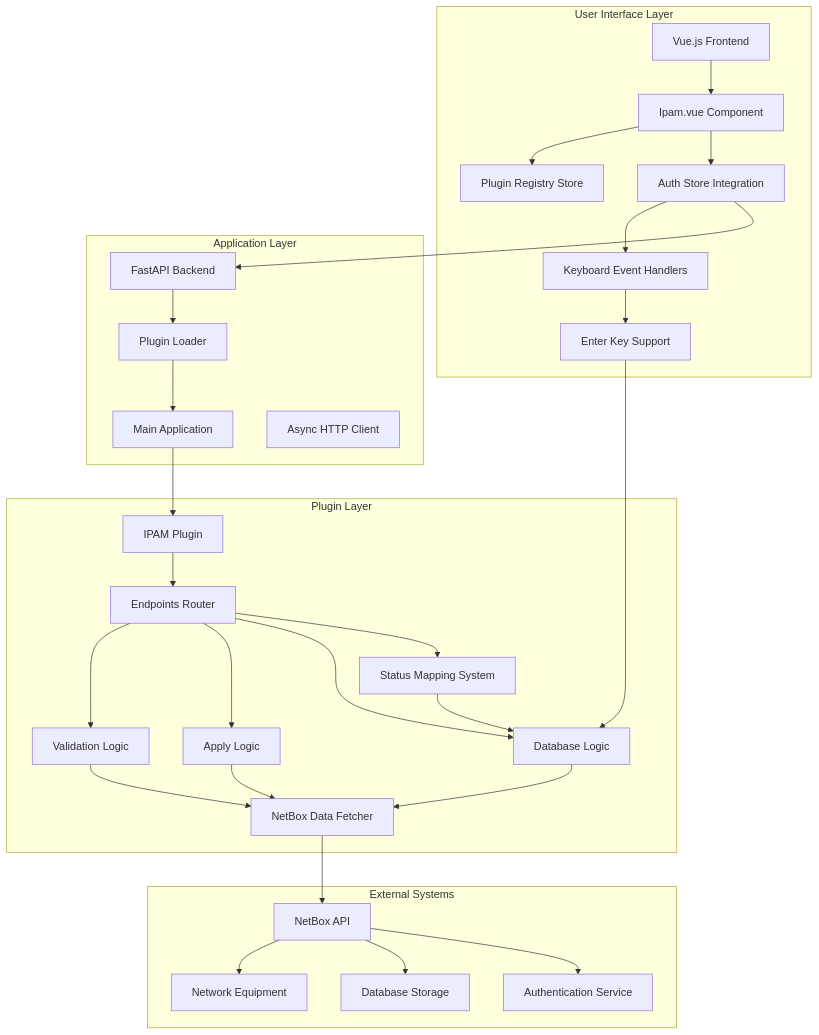
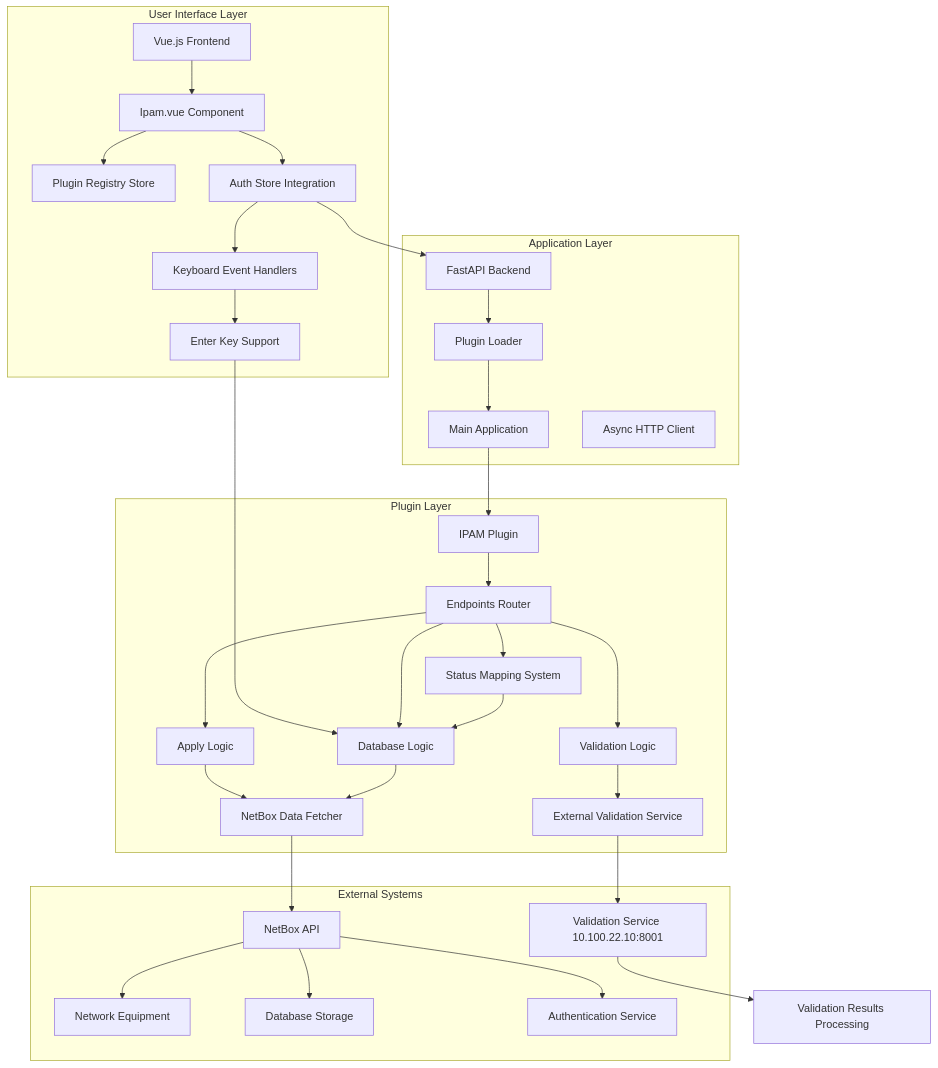
The second of 11 diagrams in .qoder/repowiki/en/content/Built-in Plugins/IPAM Plugin.md (Nikita5543/New-SSO-02), drawn with Mermaid before and after one commit. The commit also changed other lines of this file and 3 other files, not shown here.

````diff
--- a/.qoder/repowiki/en/content/Built-in Plugins/IPAM Plugin.md
+++ b/.qoder/repowiki/en/content/Built-in Plugins/IPAM Plugin.md
@@ -130,55 +132,59 @@
 ```mermaid
 graph TB
 subgraph "User Interface Layer"
 A[Vue.js Frontend]
 B[Ipam.vue Component]
 C[Plugin Registry Store]
 D[Auth Store Integration]
 E[Keyboard Event Handlers]
 F[Enter Key Support]
 end
 subgraph "Application Layer"
 G[FastAPI Backend]
 H[Plugin Loader]
 I[Main Application]
 J[Async HTTP Client]
 end
 subgraph "Plugin Layer"
 K[IPAM Plugin]
 L[Endpoints Router]
 M[Validation Logic]
 N[Apply Logic]
 O[Database Logic]
 P[NetBox Data Fetcher]
 Q[Status Mapping System]
+R[External Validation Service]
 end
 subgraph "External Systems"
-R[NetBox API]
-S[Network Equipment]
-T[Database Storage]
-U[Authentication Service]
+S[NetBox API]
+T[Network Equipment]
+U[Database Storage]
+V[Authentication Service]
+W[Validation Service 10.100.22.10:8001]
 end
 A --> B
 B --> C
 B --> D
 D --> E
 E --> F
 F --> O
 D --> G
 G --> H
 H --> I
 I --> K
 K --> L
 L --> M
 L --> N
 L --> O
 L --> Q
-M --> P
+M --> R
 N --> P
 O --> P
 Q --> O
-P --> R
-R --> S
-R --> T
-R --> U
+R --> W
+P --> S
+S --> T
+S --> U
+S --> V
+W --> X[Validation Results Processing]
 ```
````
